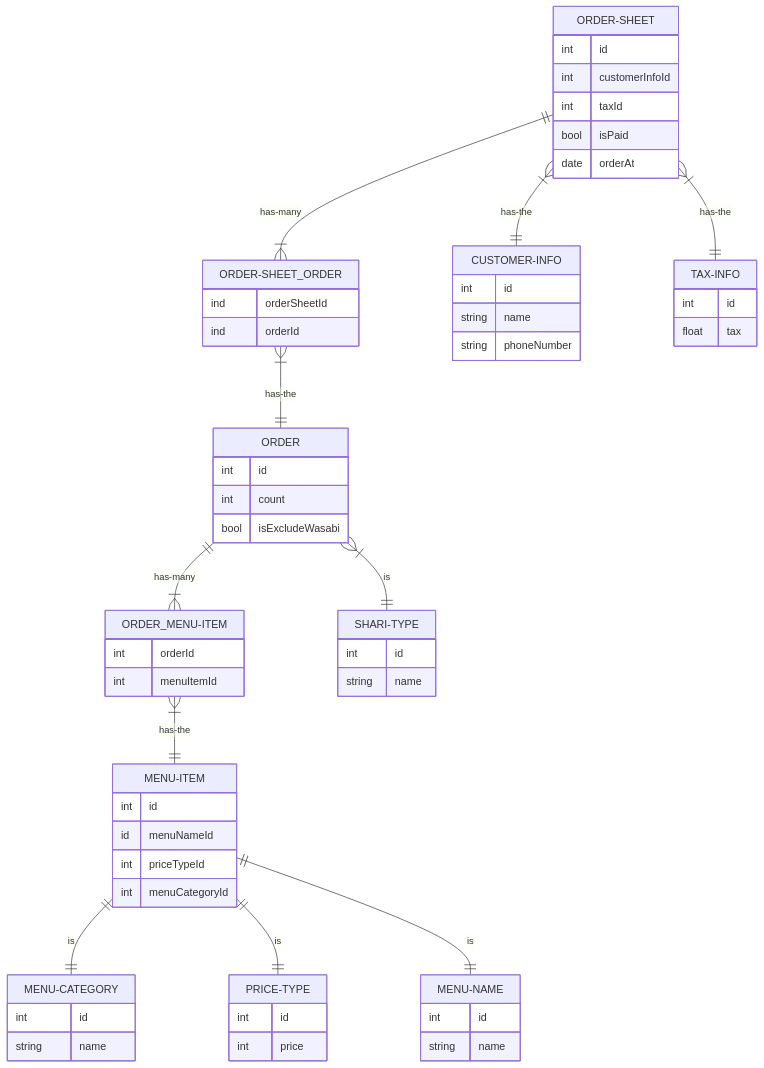
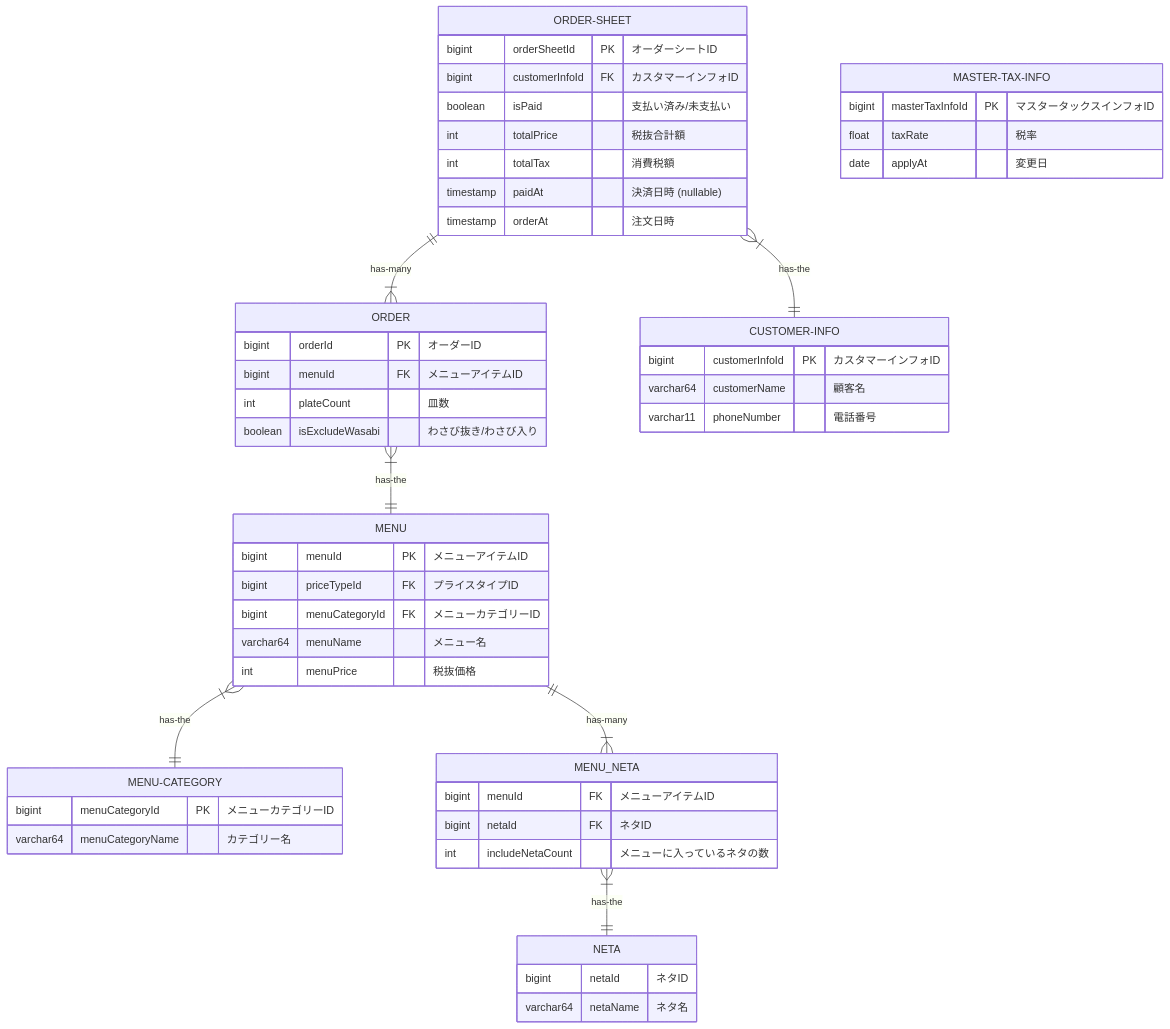
The second of 2 diagrams in データベース設計/DBモデリング1/README.md (junseinagao/praha-challenge), drawn with Mermaid before and after one commit. The commit also changed other lines of this file and 2 other files, not shown here.

Commit message:
[DBモデリング1] 修正

````diff
--- a/データベース設計/DBモデリング1/README.md
+++ b/データベース設計/DBモデリング1/README.md
@@ -119,75 +101,64 @@
 ```mermaid
 erDiagram
-    ORDER-SHEET ||--|{ ORDER-SHEET_ORDER : has-many
+    ORDER-SHEET ||--|{ ORDER : has-many
     ORDER-SHEET }|--|| CUSTOMER-INFO : has-the
-    ORDER-SHEET }|--|| TAX-INFO : has-the
-    ORDER-SHEET_ORDER }|--|| ORDER : has-the
-    ORDER ||--|{ ORDER_MENU-ITEM : has-many
-    ORDER }|--|| SHARI-TYPE : is
-    ORDER_MENU-ITEM }|--|| MENU-ITEM : has-the
-    MENU-ITEM ||--|| MENU-CATEGORY : is
-    MENU-ITEM ||--|| PRICE-TYPE : is
-    MENU-ITEM ||--|| MENU-NAME: is
 
     ORDER-SHEET {
-        int id
-        int customerInfoId
-        int taxId
-        bool isPaid
-        date orderAt
+        bigint orderSheetId PK "オーダーシートID"
+        bigint customerInfoId FK "カスタマーインフォID"
+        boolean isPaid "支払い済み/未支払い"
+        int totalPrice "税抜合計額"
+        int totalTax "消費税額"
+        timestamp paidAt "決済日時 (nullable)"
+        timestamp orderAt "注文日時"
     }
 
-    ORDER-SHEET_ORDER {
-        ind orderSheetId
-        ind orderId
+    CUSTOMER-INFO {
+        bigint customerInfoId PK "カスタマーインフォID"
+        varchar64 customerName "顧客名"
+        varchar11 phoneNumber "電話番号"
     }
 
-    ORDER {
-        int id
-        int count
-        bool isExcludeWasabi
+    MASTER-TAX-INFO {
+        bigint masterTaxInfoId PK "マスタータックスインフォID"
+        float taxRate "税率"
+        date applyAt "変更日"
     }
 
-    ORDER_MENU-ITEM {
-        int orderId
-        int menuItemId
+    ORDER }|--|| MENU : has-the
+    MENU }|--|| MENU-CATEGORY : has-the
+    MENU ||--|{ MENU_NETA : has-many
+    MENU_NETA }|--|| NETA : has-the
+
+    ORDER {
+        bigint orderId PK "オーダーID"
+        bigint menuId FK "メニューアイテムID"
+        int plateCount "皿数"
+        boolean isExcludeWasabi "わさび抜き/わさび入り"
     }
 
-    MENU-ITEM {
-        int id
-        id menuNameId
-        int priceTypeId
-        int menuCategoryId
-    }
-
-    MENU-NAME {
-        int id
-        string name
-    }
-
-    SHARI-TYPE {
-        int id
-        string name
-    }
-
-    PRICE-TYPE {
-        int id
-        int price
+    MENU {
+        bigint menuId PK "メニューアイテムID"
+        bigint priceTypeId FK "プライスタイプID"
+        bigint menuCategoryId FK "メニューカテゴリーID"
+        varchar64 menuName "メニュー名"
+        int menuPrice "税抜価格"
     }
 
     MENU-CATEGORY {
-        int id
-        string name
+        bigint menuCategoryId PK "メニューカテゴリーID"
+        varchar64 menuCategoryName "カテゴリー名"
     }
 
-    CUSTOMER-INFO {
-        int id
-        string name
-        string phoneNumber
+    MENU_NETA {
+        bigint menuId FK "メニューアイテムID"
+        bigint netaId FK "ネタID"
+        int includeNetaCount "メニューに入っているネタの数"
     }
 
-    TAX-INFO {
-        int id
-        float tax
+    NETA {
+        bigint netaId "ネタID"
+        varchar64 netaName "ネタ名"
     }
+
 ```
````
